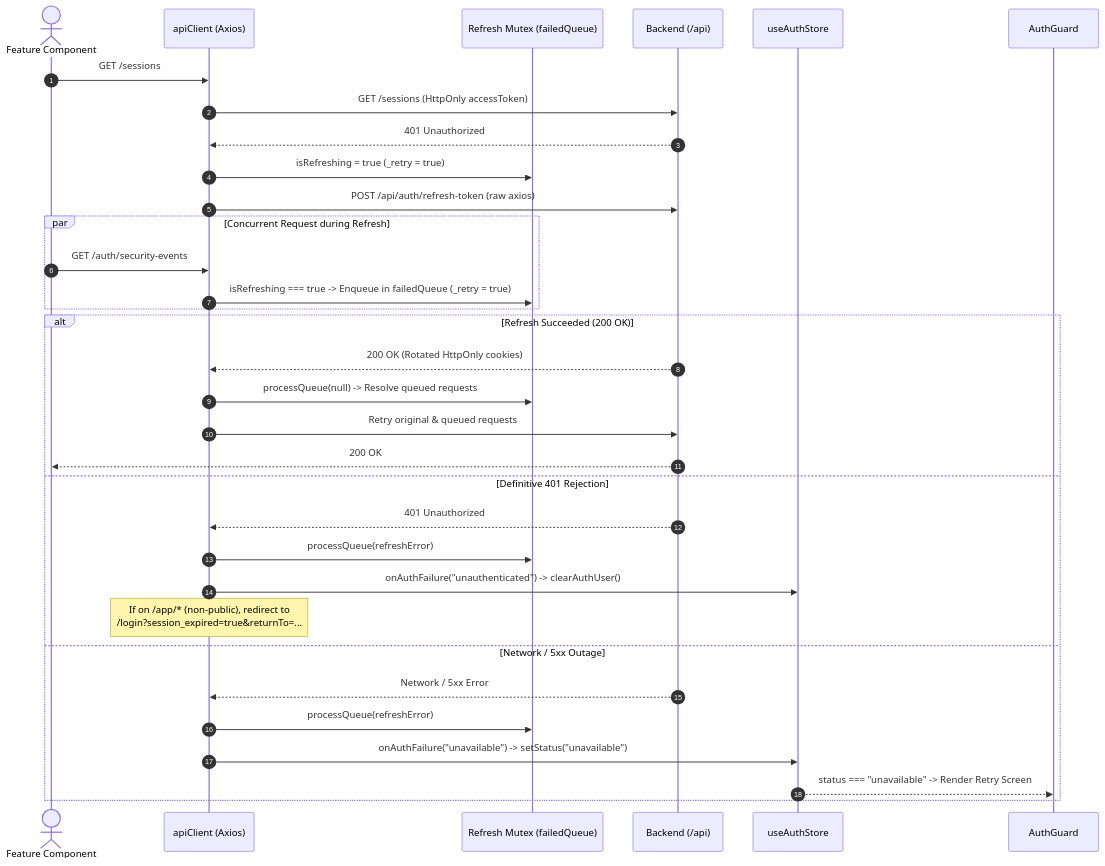
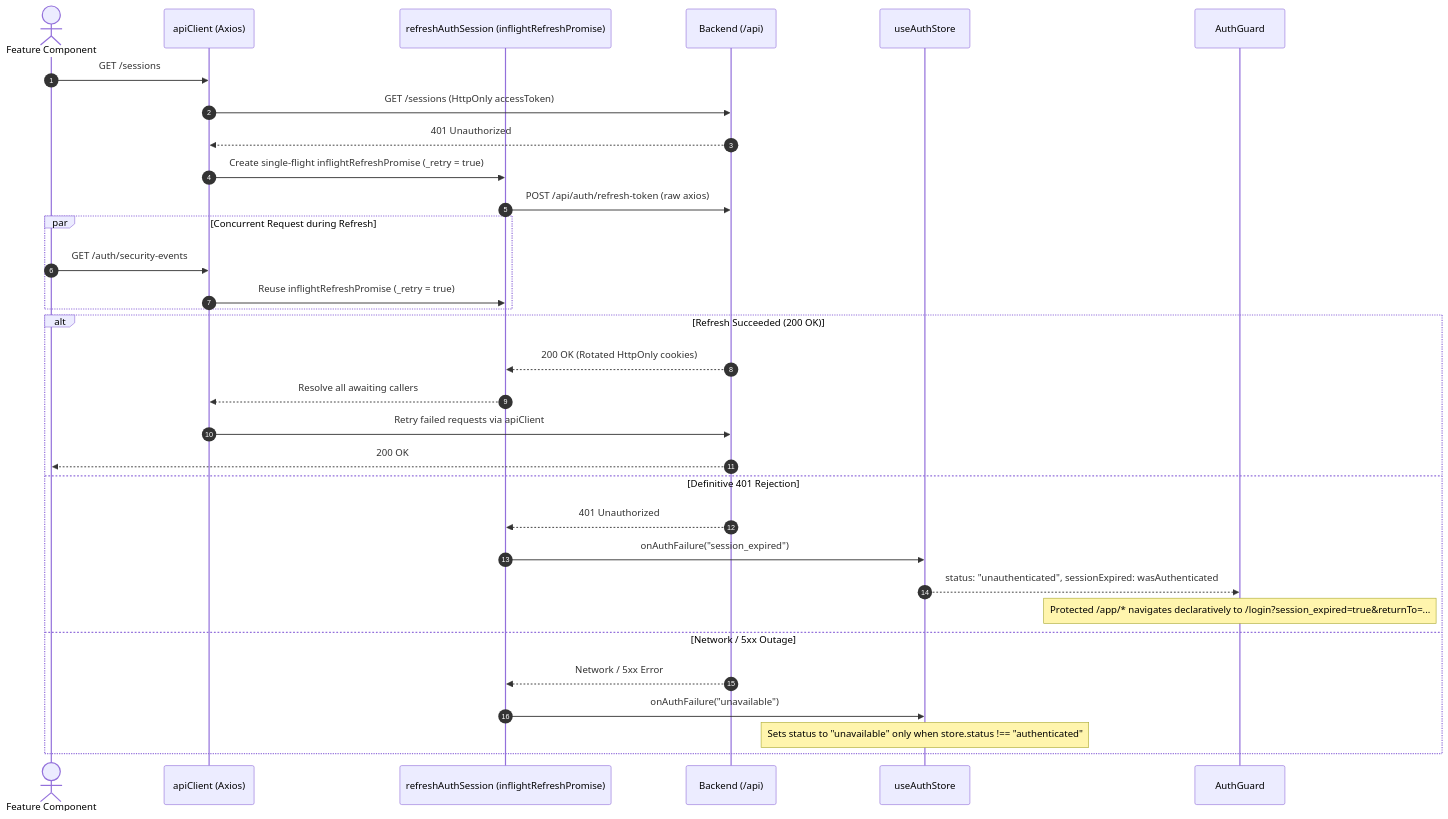
One commit to utkarshj014/authsphere changed the fourth of 9 diagrams in docs/FRONTEND_ARCHITECTURE.md. Above: the diagram before and after it, drawn with Mermaid. The commit also changed other lines of this file and 5 other files, not shown here.

````diff
--- a/docs/FRONTEND_ARCHITECTURE.md
+++ b/docs/FRONTEND_ARCHITECTURE.md
@@ -222,39 +221,38 @@
 ```mermaid
 sequenceDiagram
     autonumber
     actor View as Feature Component
     participant Client as apiClient (Axios)
-    participant Mutex as Refresh Mutex (failedQueue)
+    participant Refresh as refreshAuthSession (inflightRefreshPromise)
     participant API as Backend (/api)
     participant Store as useAuthStore
     participant Guard as AuthGuard
 
     View->>Client: GET /sessions
     Client->>API: GET /sessions (HttpOnly accessToken)
     API-->>Client: 401 Unauthorized
 
-    Client->>Mutex: isRefreshing = true (_retry = true)
-    Client->>API: POST /api/auth/refresh-token (raw axios)
+    Client->>Refresh: Create single-flight inflightRefreshPromise (_retry = true)
+    Refresh->>API: POST /api/auth/refresh-token (raw axios)
 
     par Concurrent Request during Refresh
         View->>Client: GET /auth/security-events
-        Client->>Mutex: isRefreshing === true -> Enqueue in failedQueue (_retry = true)
+        Client->>Refresh: Reuse inflightRefreshPromise (_retry = true)
     end
 
     alt Refresh Succeeded (200 OK)
-        API-->>Client: 200 OK (Rotated HttpOnly cookies)
-        Client->>Mutex: processQueue(null) -> Resolve queued requests
-        Client->>API: Retry original & queued requests
+        API-->>Refresh: 200 OK (Rotated HttpOnly cookies)
+        Refresh-->>Client: Resolve all awaiting callers
+        Client->>API: Retry failed requests via apiClient
         API-->>View: 200 OK
     else Definitive 401 Rejection
-        API-->>Client: 401 Unauthorized
-        Client->>Mutex: processQueue(refreshError)
-        Client->>Store: onAuthFailure("unauthenticated") -> clearAuthUser()
-        Note over Client: If on /app/* (non-public), redirect to<br/>/login?session_expired=true&returnTo=...
+        API-->>Refresh: 401 Unauthorized
+        Refresh->>Store: onAuthFailure("session_expired")
+        Store-->>Guard: status: "unauthenticated", sessionExpired: wasAuthenticated
+        Note over Guard: Protected /app/* navigates declaratively to /login?session_expired=true&returnTo=...
     else Network / 5xx Outage
-        API-->>Client: Network / 5xx Error
-        Client->>Mutex: processQueue(refreshError)
-        Client->>Store: onAuthFailure("unavailable") -> setStatus("unavailable")
-        Store-->>Guard: status === "unavailable" -> Render Retry Screen
+        API-->>Refresh: Network / 5xx Error
+        Refresh->>Store: onAuthFailure("unavailable")
+        Note over Store: Sets status to "unavailable" only when store.status !== "authenticated"
     end
 ```
````
